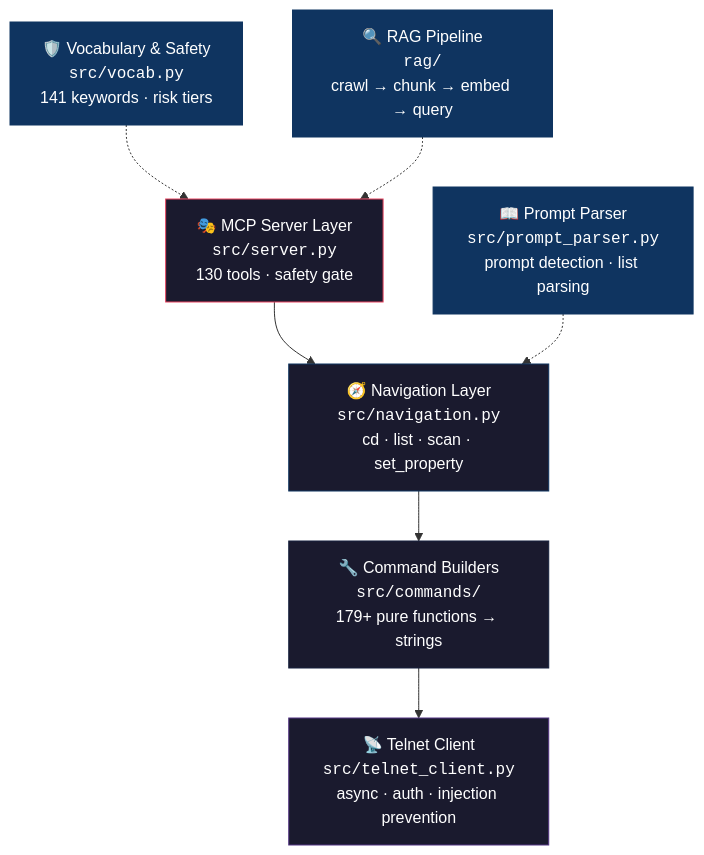
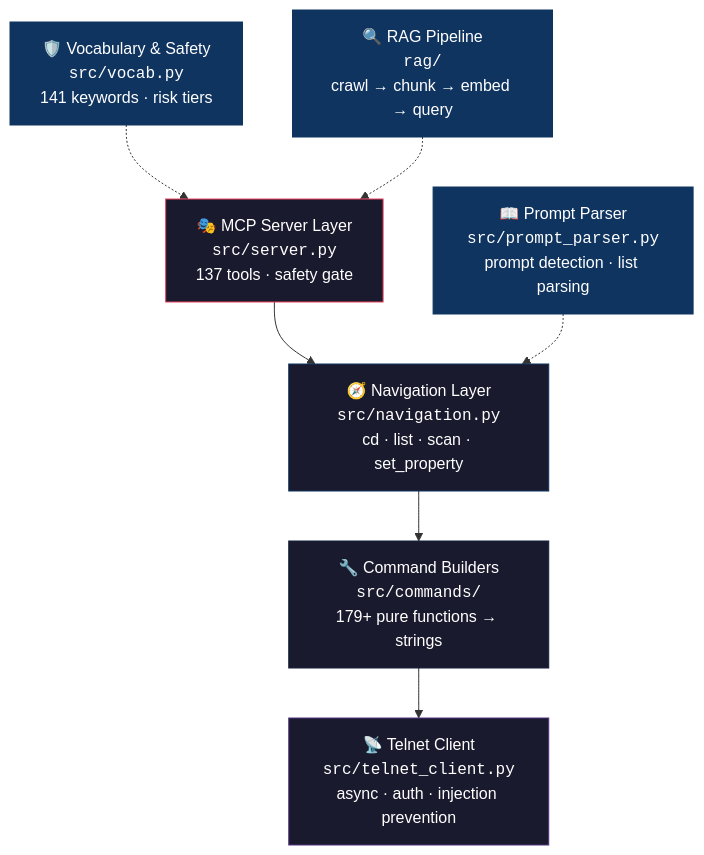
One commit to thisis-romar/ma2-onPC-MCP changed the first of 3 diagrams in README.md. Above: the diagram before and after it, drawn with Mermaid. The commit also changed other lines of this file and 8 other files, not shown here.

````diff
--- a/README.md
+++ b/README.md
@@ -55,19 +55,19 @@
 ```mermaid
 graph TD
-    A["🎭 MCP Server Layer<br/><code>src/server.py</code><br/>130 tools · safety gate"] --> B
+    A["🎭 MCP Server Layer<br/><code>src/server.py</code><br/>137 tools · safety gate"] --> B
     B["🧭 Navigation Layer<br/><code>src/navigation.py</code><br/>cd · list · scan · set_property"] --> C
     C["🔧 Command Builders<br/><code>src/commands/</code><br/>179+ pure functions → strings"] --> D
     D["📡 Telnet Client<br/><code>src/telnet_client.py</code><br/>async · auth · injection prevention"]
 
     E["📖 Prompt Parser<br/><code>src/prompt_parser.py</code><br/>prompt detection · list parsing"] -.-> B
     F["🛡️ Vocabulary & Safety<br/><code>src/vocab.py</code><br/>141 keywords · risk tiers"] -.-> A
     G["🔍 RAG Pipeline<br/><code>rag/</code><br/>crawl → chunk → embed → query"] -.-> A
 
     style A fill:#1a1a2e,stroke:#e94560,color:#fff
     style B fill:#1a1a2e,stroke:#0f3460,color:#fff
     style C fill:#1a1a2e,stroke:#16213e,color:#fff
     style D fill:#1a1a2e,stroke:#533483,color:#fff
     style E fill:#0f3460,stroke:#0f3460,color:#fff
     style F fill:#0f3460,stroke:#0f3460,color:#fff
     style G fill:#0f3460,stroke:#0f3460,color:#fff
 ```
````
